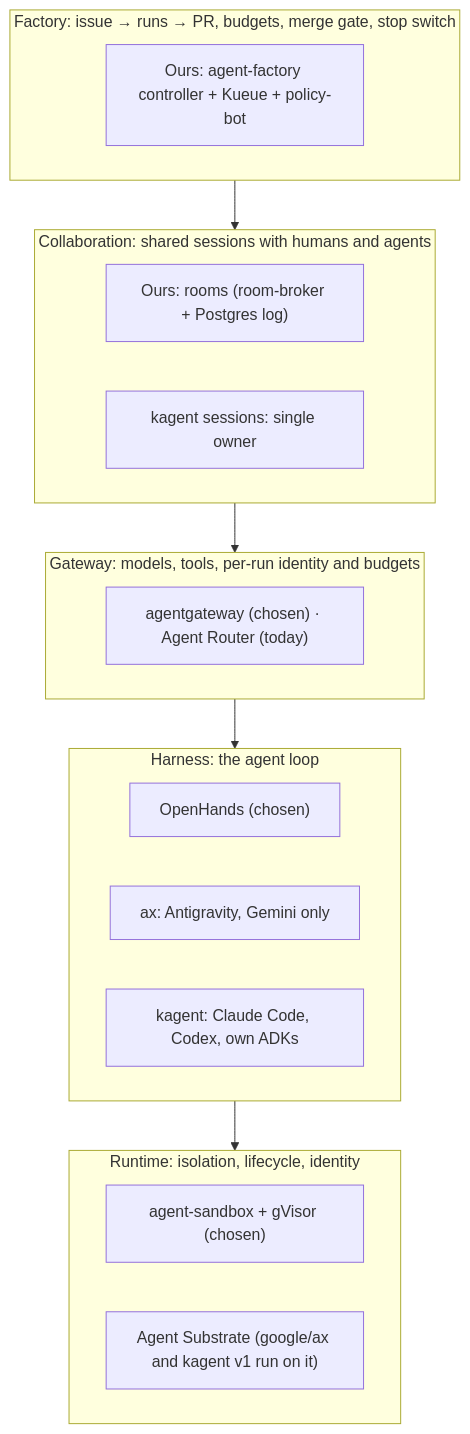
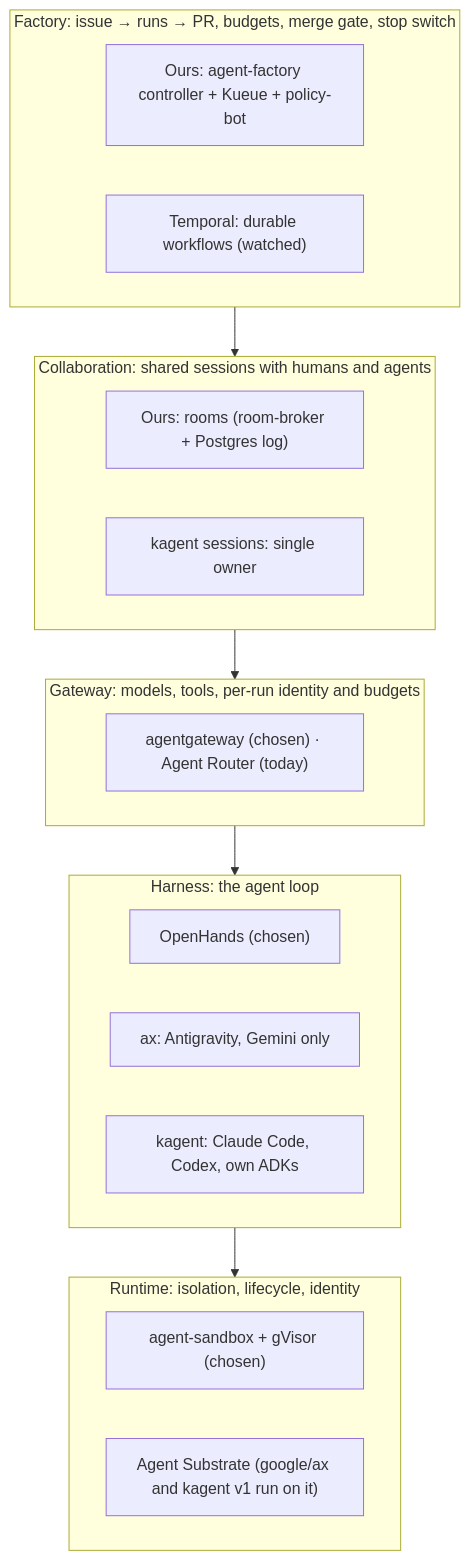
The diagram in website/content/docs/platform/ai-platform/agents/alternatives.md (Smana/cloud-native-ref), drawn with Mermaid before and after one commit. The commit also changed other lines of this file, not shown here.

First line of the commit message:
docs(agents): state when Temporal, NATS and microVMs would win

````diff
--- a/website/content/docs/platform/ai-platform/agents/alternatives.md
+++ b/website/content/docs/platform/ai-platform/agents/alternatives.md
@@ -40,23 +40,24 @@
 ```mermaid
 flowchart TB
   subgraph L5["Factory: issue → runs → PR, budgets, merge gate, stop switch"]
     F5["Ours: agent-factory controller + Kueue + policy-bot"]
+    T5["Temporal: durable workflows (watched)"]
   end
   subgraph L4["Collaboration: shared sessions with humans and agents"]
     F4["Ours: rooms (room-broker + Postgres log)"]
     K4["kagent sessions: single owner"]
   end
   subgraph L3["Gateway: models, tools, per-run identity and budgets"]
     F3["agentgateway (chosen) · Agent Router (today)"]
   end
   subgraph L2["Harness: the agent loop"]
     F2["OpenHands (chosen)"]
     A2["ax: Antigravity, Gemini only"]
     K2["kagent: Claude Code, Codex, own ADKs"]
   end
   subgraph L1["Runtime: isolation, lifecycle, identity"]
     F1["agent-sandbox + gVisor (chosen)"]
     S1["Agent Substrate (google/ax and kagent v1 run on it)"]
   end
   L5 --> L4 --> L3 --> L2 --> L1
 ```
````
